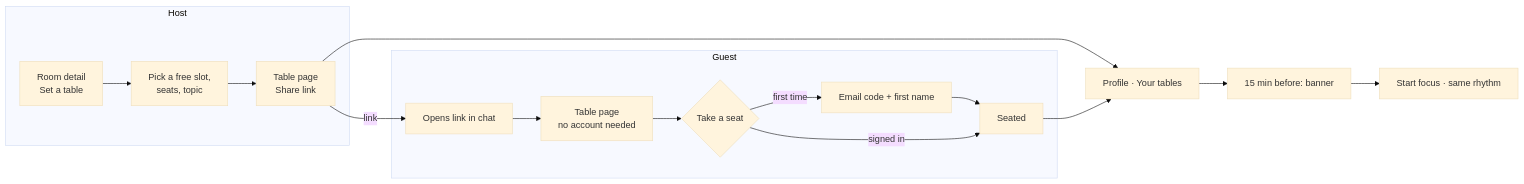
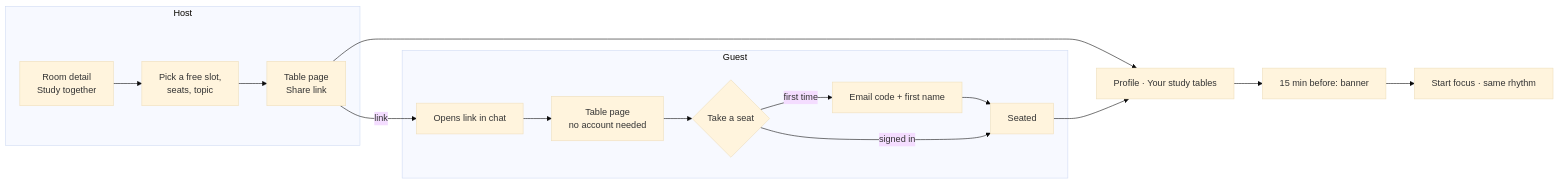
Before and after one commit to Aaqibhafeezkhan/THD-Room-Finder: the diagram in docs/product/study-tables.md, drawn with Mermaid (base theme). The commit also changed other lines of this file and 22 other files, not shown here.

First line of the commit message:
fix(tables): call it a study table and translate the gaps

````diff
--- a/docs/product/study-tables.md
+++ b/docs/product/study-tables.md
@@ -49,19 +50,19 @@
 ```mermaid
 flowchart LR
   subgraph Host
-    H1[Room detail<br/>Set a table] --> H2[Pick a free slot,<br/>seats, topic]
+    H1[Room detail<br/>Study together] --> H2[Pick a free slot,<br/>seats, topic]
     H2 --> H3[Table page<br/>Share link]
   end
   subgraph Guest
     G1[Opens link in chat] --> G2[Table page<br/>no account needed]
     G2 --> G3{Take a seat}
     G3 -->|first time| G4[Email code + first name]
     G4 --> G5[Seated]
     G3 -->|signed in| G5
   end
   H3 -- link --> G1
-  H3 --> D[Profile · Your tables]
+  H3 --> D[Profile · Your study tables]
   G5 --> D
   D --> R[15 min before: banner]
   R --> S[Start focus · same rhythm]
 ```
````
